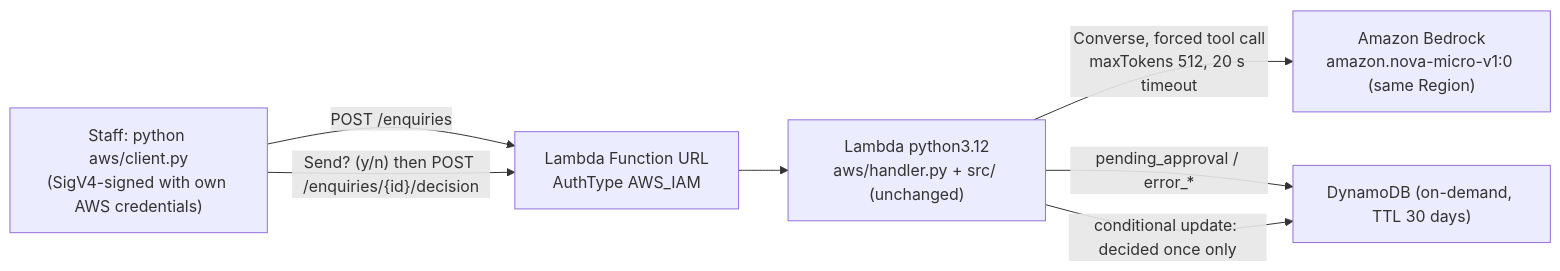
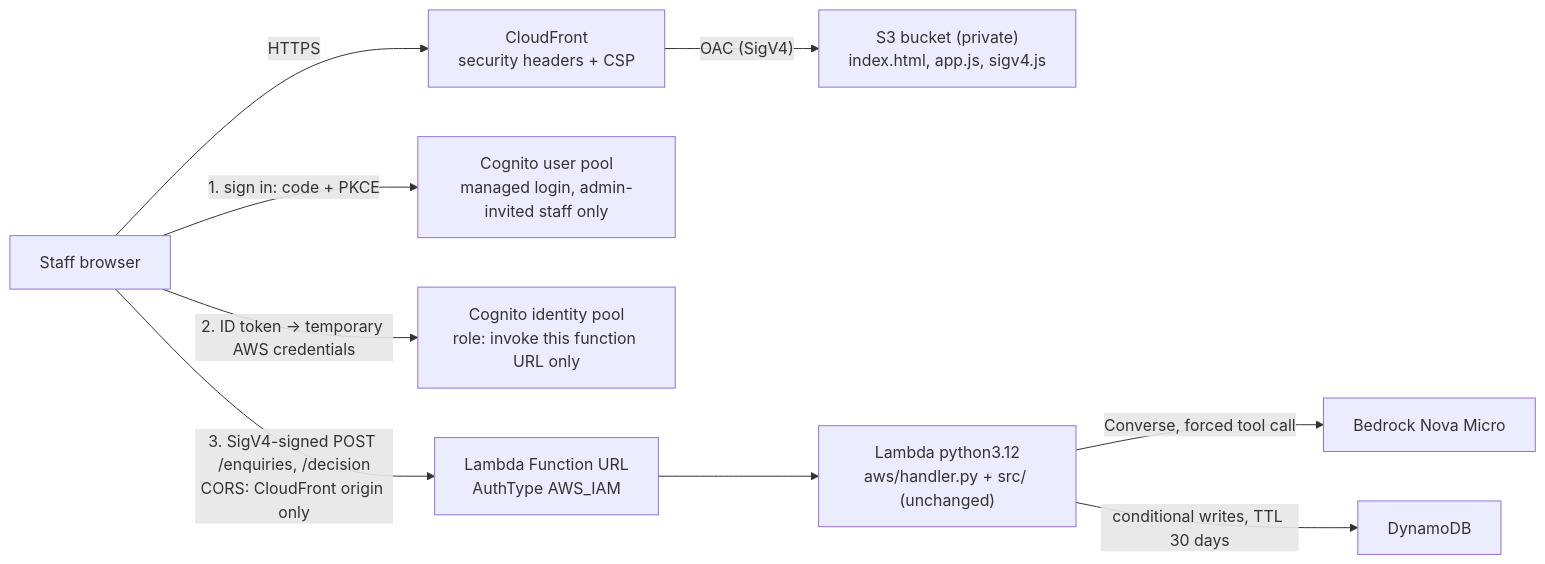
The diagram in aws/README.md (ZolisaSilolo/rahn-assessment-zolisa-silolo), drawn with Mermaid before and after one commit. The commit also changed other lines of this file and 9 other files, not shown here.

Commit message:
aws-deploy: staff web app (private S3 + CloudFront OAC + CSP, Cognito managed login with PKCE, identity pool + browser SigV4), FE tests, verification W-1..W-10 and E2E-1..4

````diff
--- a/aws/README.md
+++ b/aws/README.md
@@ -9,9 +9,11 @@
 ```mermaid
 flowchart LR
-    S["Staff: python aws/client.py<br/>(SigV4-signed with own AWS credentials)"] -->|"POST /enquiries"| U["Lambda Function URL<br/>AuthType AWS_IAM"]
-    U --> L["Lambda python3.12<br/>aws/handler.py + src/ (unchanged)"]
-    L -->|"Converse, forced tool call<br/>maxTokens 512, 20 s timeout"| B["Amazon Bedrock<br/>amazon.nova-micro-v1:0 (same Region)"]
-    L -->|"pending_approval / error_*"| D["DynamoDB (on-demand, TTL 30 days)"]
-    S -->|"Send? (y/n) then POST /enquiries/{id}/decision"| U
-    L -->|"conditional update: decided once only"| D
+    U["Staff browser"] -->|"HTTPS"| CF["CloudFront<br/>security headers + CSP"]
+    CF -->|"OAC (SigV4)"| S3["S3 bucket (private)<br/>index.html, app.js, sigv4.js"]
+    U -->|"1. sign in: code + PKCE"| C["Cognito user pool<br/>managed login, admin-invited staff only"]
+    U -->|"2. ID token → temporary AWS credentials"| IP["Cognito identity pool<br/>role: invoke this function URL only"]
+    U -->|"3. SigV4-signed POST /enquiries, /decision<br/>CORS: CloudFront origin only"| URL["Lambda Function URL<br/>AuthType AWS_IAM"]
+    URL --> L["Lambda python3.12<br/>aws/handler.py + src/ (unchanged)"]
+    L -->|"Converse, forced tool call"| B["Bedrock Nova Micro"]
+    L -->|"conditional writes, TTL 30 days"| D["DynamoDB"]
 ```
````
